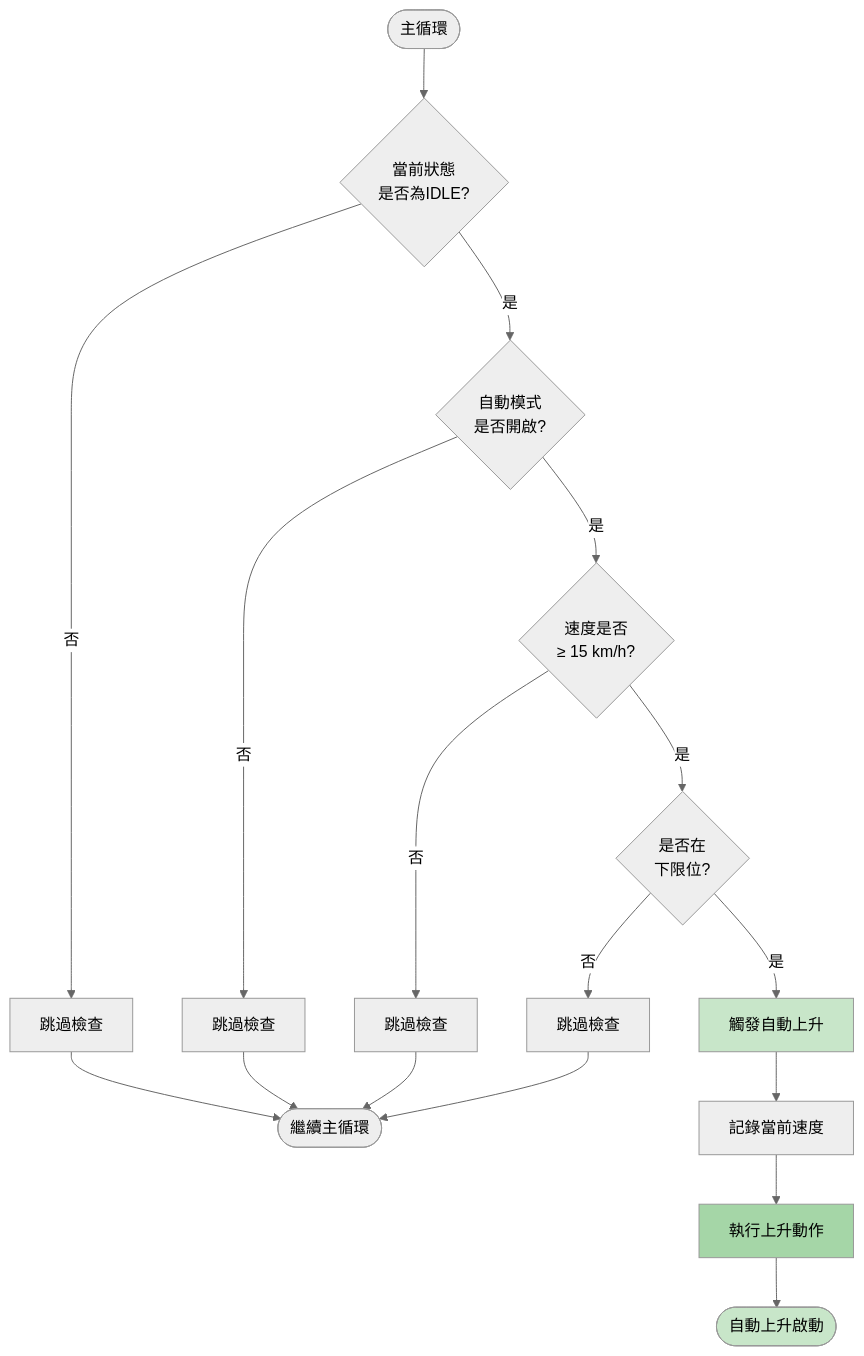
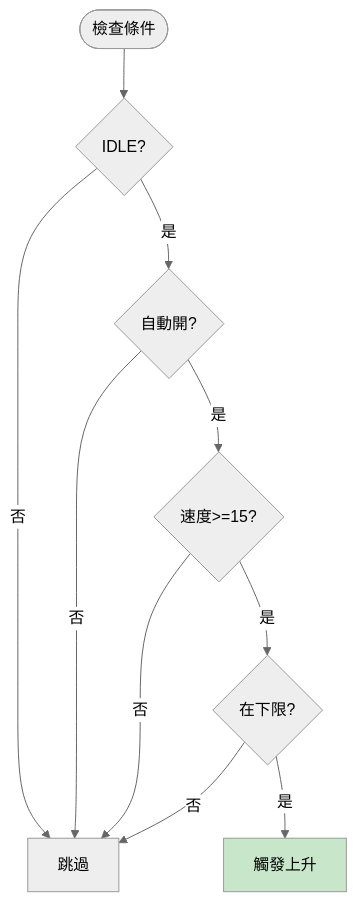
Before and after one commit to Eason3030/library: the fifth of 6 diagrams in README.md, drawn with Mermaid (neutral theme). The commit also changed other lines of this file, not shown here.

````diff
--- a/README.md
+++ b/README.md
@@ -387,29 +162,14 @@
 ```mermaid
 flowchart TD
-    Start([主循環]) --> CheckState{當前狀態<br/>是否為IDLE?}
-    
-    CheckState -->|否| Skip1[跳過檢查]
-    CheckState -->|是| CheckAuto{自動模式<br/>是否開啟?}
-    
-    CheckAuto -->|否| Skip2[跳過檢查]
-    CheckAuto -->|是| CheckSpeed{速度是否<br/>≥ 15 km/h?}
-    
-    CheckSpeed -->|否| Skip3[跳過檢查]
-    CheckSpeed -->|是| CheckPosition{是否在<br/>下限位?}
-    
-    CheckPosition -->|否| Skip4[跳過檢查]
-    CheckPosition -->|是| Trigger[觸發自動上升]
-    
-    Trigger --> LogSpeed[記錄當前速度]
-    LogSpeed --> StartUp[執行上升動作]
-    StartUp --> End([自動上升啟動])
-    
-    Skip1 --> Continue([繼續主循環])
-    Skip2 --> Continue
-    Skip3 --> Continue
-    Skip4 --> Continue
+    Check([檢查條件]) --> State{IDLE?}
+    State -->|否| Skip[跳過]
+    State -->|是| Auto{自動開?}
+    Auto -->|否| Skip
+    Auto -->|是| Speed{速度>=15?}
+    Speed -->|否| Skip
+    Speed -->|是| Pos{在下限?}
+    Pos -->|否| Skip
+    Pos -->|是| Trigger[觸發上升]
     
     style Trigger fill:#c8e6c9
-    style StartUp fill:#a5d6a7
-    style End fill:#c8e6c9
 ```
````
